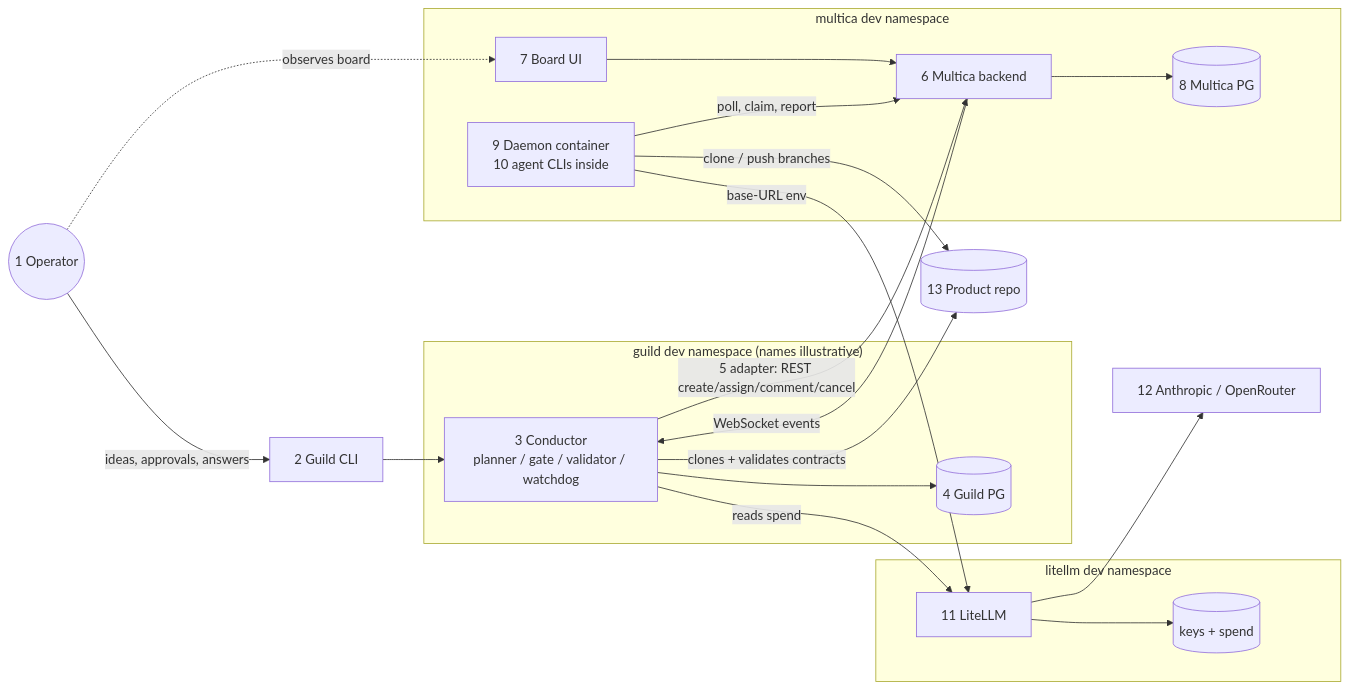
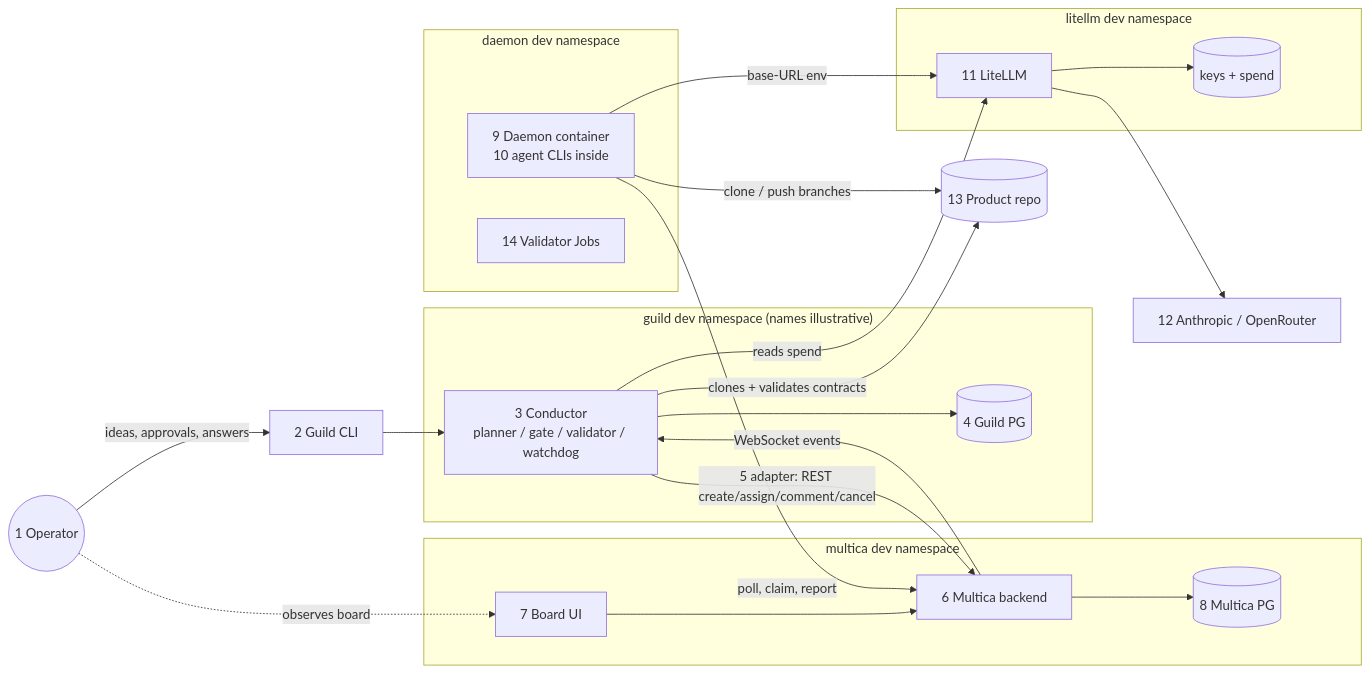
Before and after one commit to maacarbo/guild: the first of 8 diagrams in docs/OVERVIEW.md, drawn with Mermaid. The commit also changed other lines of this file and 5 other files, not shown here.

````diff
--- a/docs/OVERVIEW.md
+++ b/docs/OVERVIEW.md
@@ -26,34 +26,37 @@
 ```mermaid
 flowchart LR
     OP((1 Operator))
     CLI[2 Guild CLI]
     subgraph GD["guild dev namespace (names illustrative)"]
         COND[3 Conductor<br/>planner / gate / validator / watchdog]
         GPG[(4 Guild PG)]
     end
     subgraph MD["multica dev namespace"]
         BE[6 Multica backend]
         FE[7 Board UI]
         MPG[(8 Multica PG)]
+    end
+    subgraph DD["daemon dev namespace"]
         DM[9 Daemon container<br/>10 agent CLIs inside]
+        VJ[14 Validator Jobs]
     end
     subgraph LD["litellm dev namespace"]
         LLM[11 LiteLLM]
         LDB[(keys + spend)]
     end
     PROV[12 Anthropic / OpenRouter]
     REPO[(13 Product repo)]
 
     OP -->|ideas, approvals, answers| CLI --> COND
     OP -.->|observes board| FE --> BE
     COND --> GPG
     COND -->|5 adapter: REST create/assign/comment/cancel| BE
     BE -->|WebSocket events| COND
     BE --> MPG
     DM -->|poll, claim, report| BE
     DM -->|clone / push branches| REPO
     DM -->|base-URL env| LLM --> PROV
     LLM --> LDB
     COND -->|reads spend| LLM
     COND -->|clones + validates contracts| REPO
 ```
````
